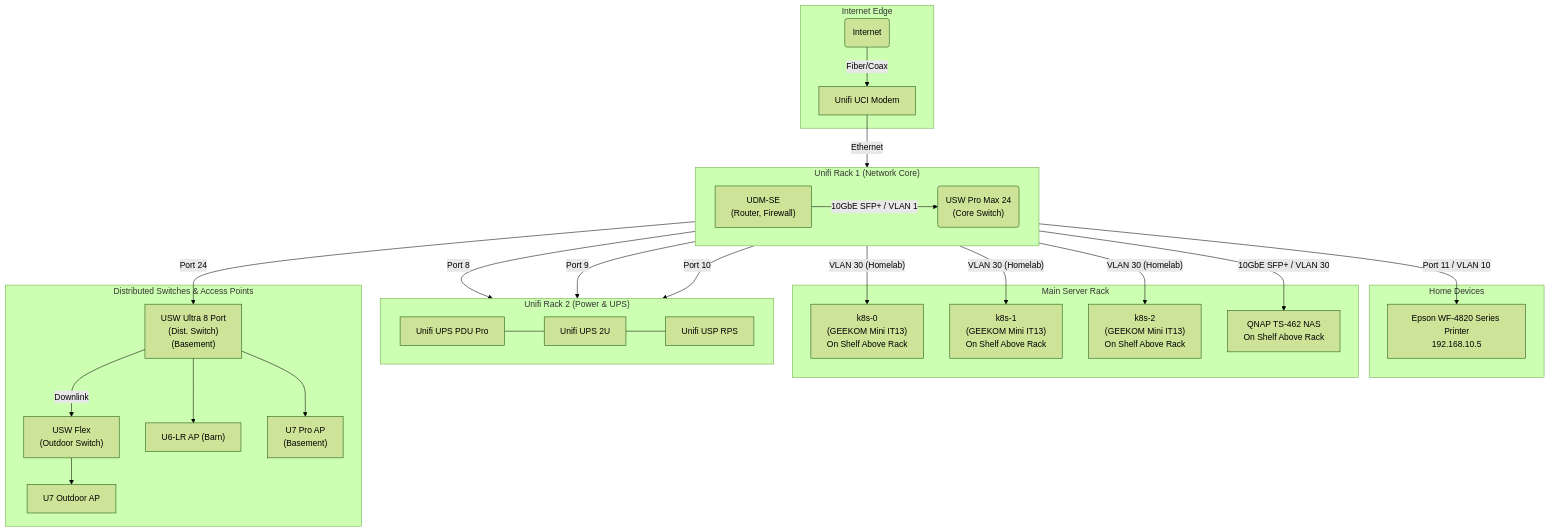
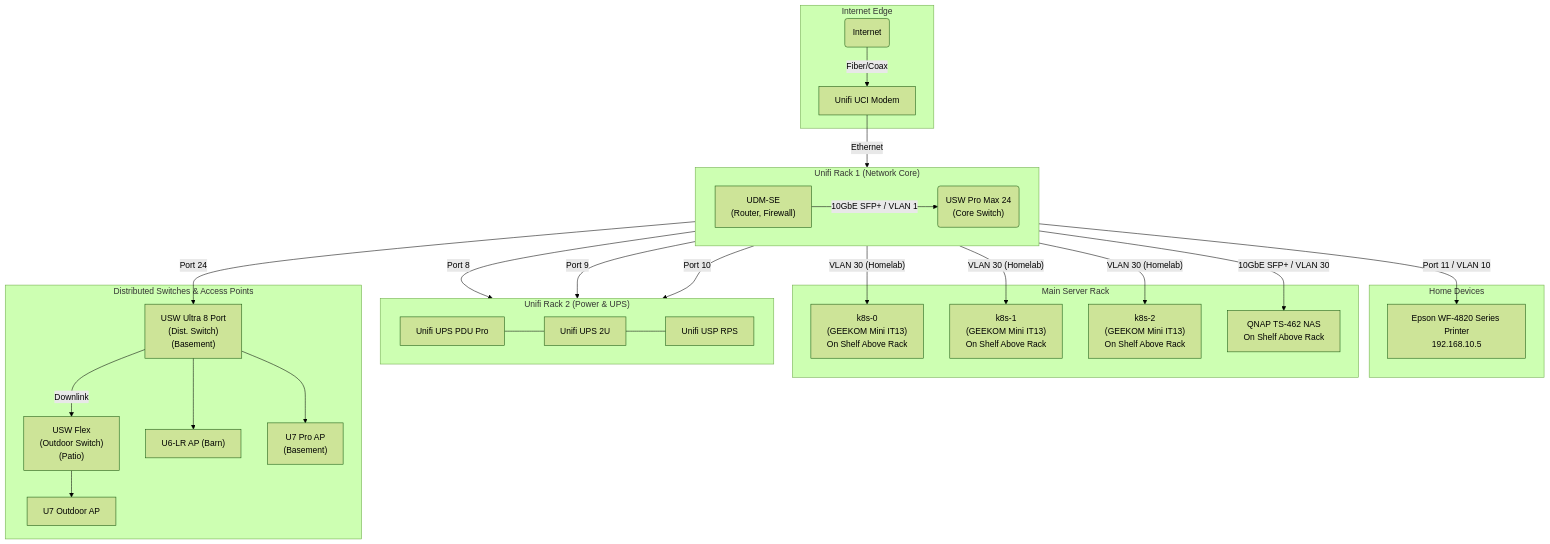
One commit to dmfrey/home-gitops changed the diagram in infrastructure.md. Above: the diagram before and after it, drawn with Mermaid (forest theme).

Commit message:
update infrasturcture

```diff
--- a/infrastructure.md
+++ b/infrastructure.md
@@ -48,11 +48,13 @@
 (Dist. Switch)
 (Basement)"]
         USWFlex["USW Flex
-(Outdoor Switch)"]
+(Outdoor Switch)
+(Patio)"]
         U6LR["U6-LR AP"]
         U7Pro["U7 Pro AP
 (Basement)"]
-        U7Outdoor["U7 Outdoor AP"]
+        U7Outdoor["U7 Outdoor AP
+(Patio)"]
     end
 
     %% --- Internet Edge Connections ---
```
